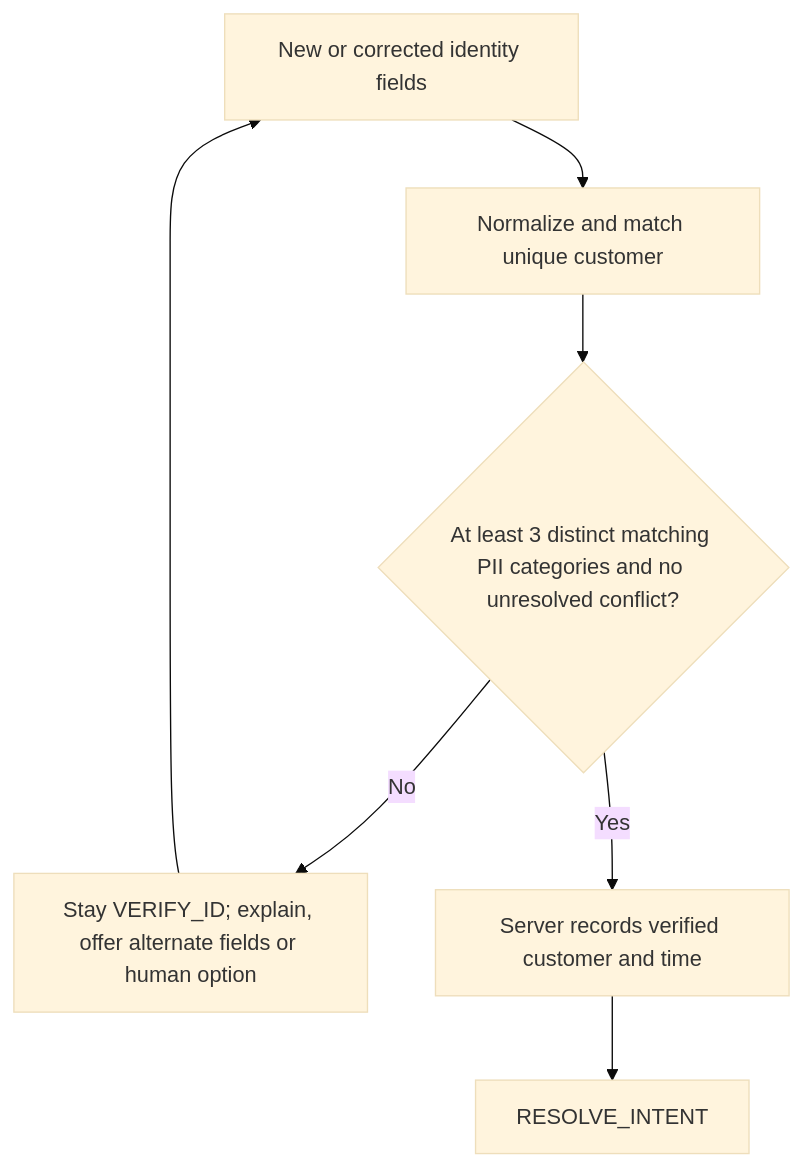
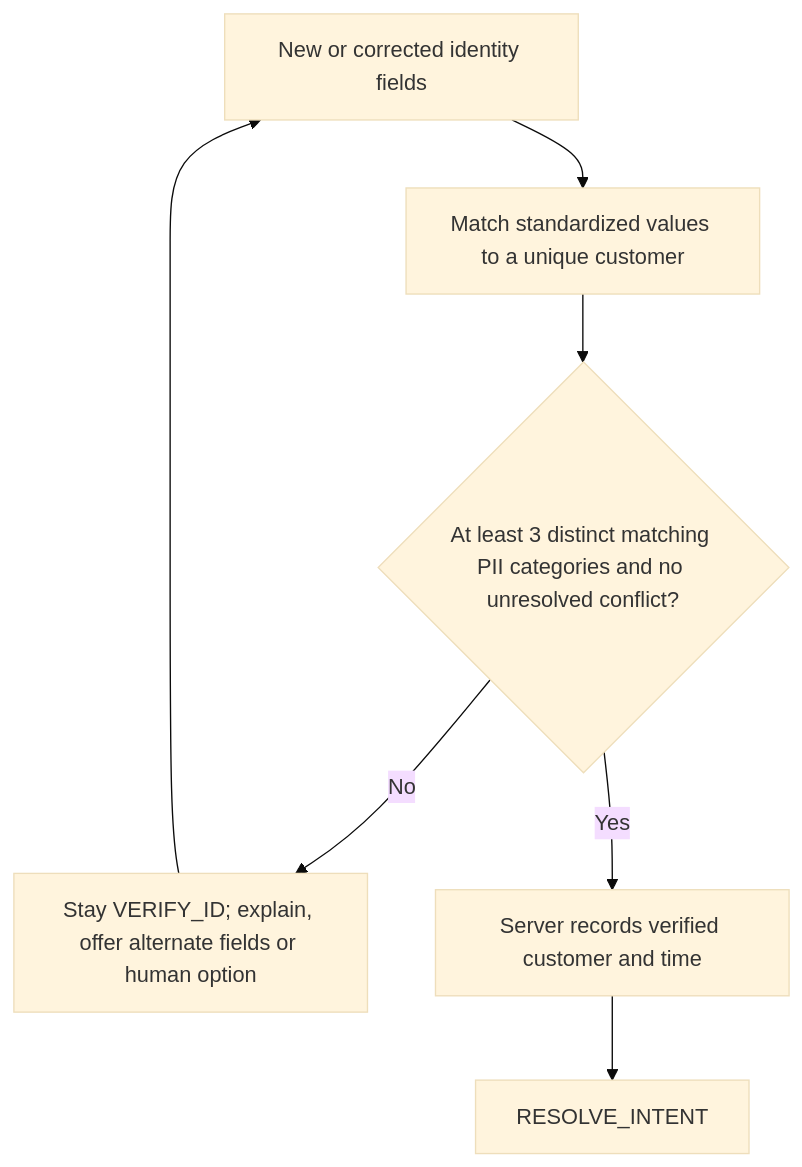
Before and after one commit to XinhaoTheo/insurance-claims-sop-agent: the fourth of 10 diagrams in docs/architecture.md, drawn with Mermaid (base theme). The commit also changed other lines of this file, not shown here.

Commit message:
docs: clarify identity validation

````diff
--- a/docs/architecture.md
+++ b/docs/architecture.md
@@ -87,9 +89,9 @@
 ```mermaid
 flowchart TD
-    Input["New or corrected identity fields"] --> Match["Normalize and match unique customer"]
+    Input["New or corrected identity fields"] --> Match["Match standardized values to a unique customer"]
     Match --> Gate{"At least 3 distinct matching PII categories and no unresolved conflict?"}
     Gate -->|No| Stay["Stay VERIFY_ID; explain, offer alternate fields or human option"]
     Stay --> Input
     Gate -->|Yes| Verified["Server records verified customer and time"]
     Verified --> Next["RESOLVE_INTENT"]
 ```
````
